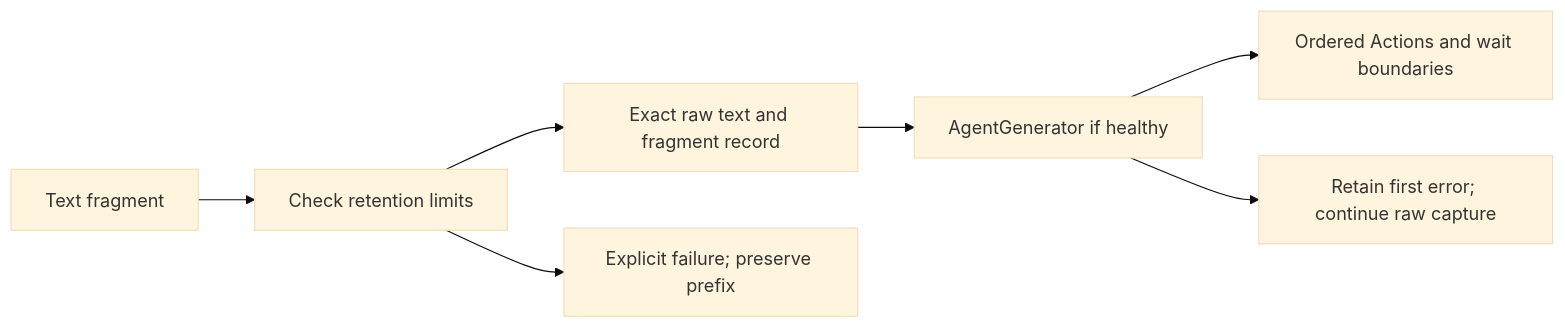
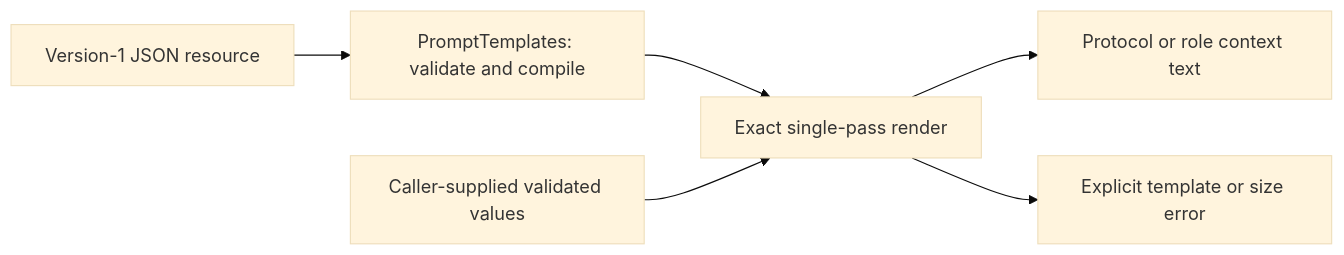
The second of 2 diagrams in MobileHarness/Agents/Support/Core/Generation/README.md (devilyouwei/MobileHarness), drawn with Mermaid (base theme) before and after one commit. The commit also changed other lines of this file and 116 other files, not shown here.

````diff
--- a/MobileHarness/Agents/Support/Core/Generation/README.md
+++ b/MobileHarness/Agents/Support/Core/Generation/README.md
@@ -138,9 +73,8 @@
 ```mermaid
 flowchart LR
-    Delta[Text fragment] --> Bound[Check retention limits]
-    Bound --> Raw[Exact raw text and fragment record]
-    Raw --> Parser[AgentGenerator if healthy]
-    Parser --> Calls[Ordered Actions and wait boundaries]
-    Parser --> Error[Retain first error; continue raw capture]
-    Bound --> Overflow[Explicit failure; preserve prefix]
+ Resource[Version-1 JSON resource] --> Templates[PromptTemplates: validate and compile]
+ Templates --> Renderer[Exact single-pass render]
+ Variables[Caller-supplied validated values] --> Renderer
+ Renderer --> Guide[Protocol or role context text]
+ Renderer --> Failure[Explicit template or size error]
 ```
````
